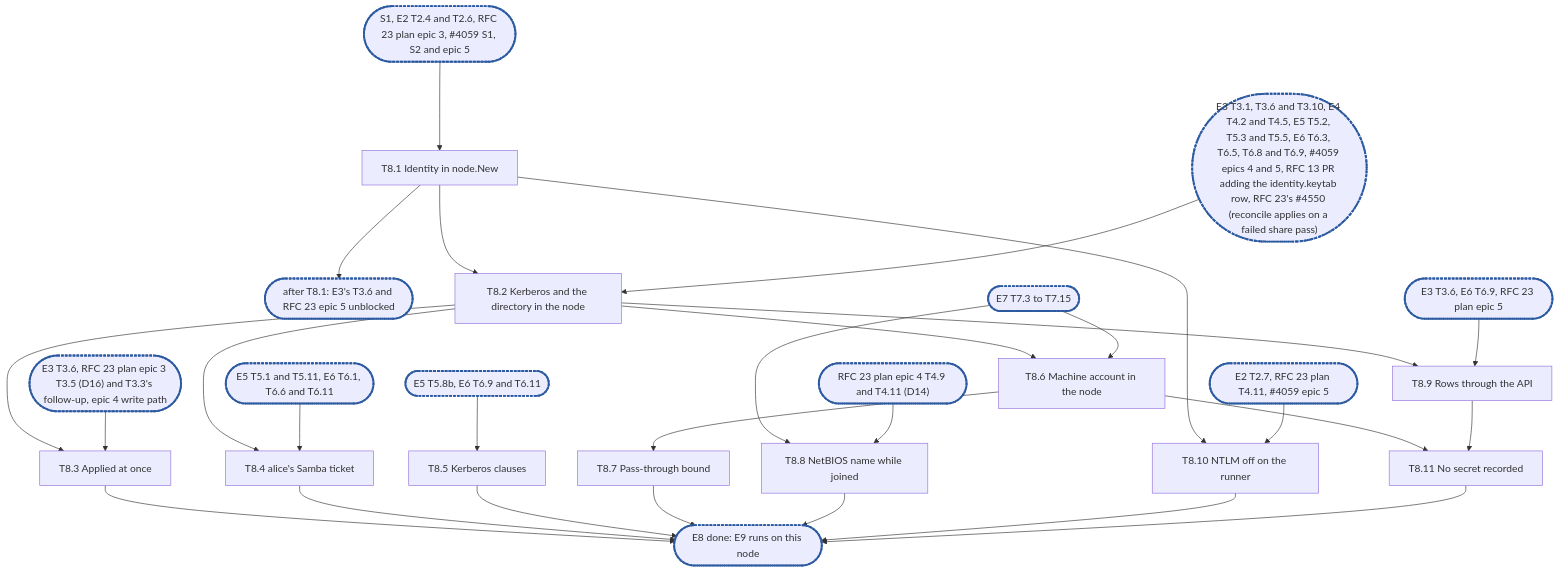
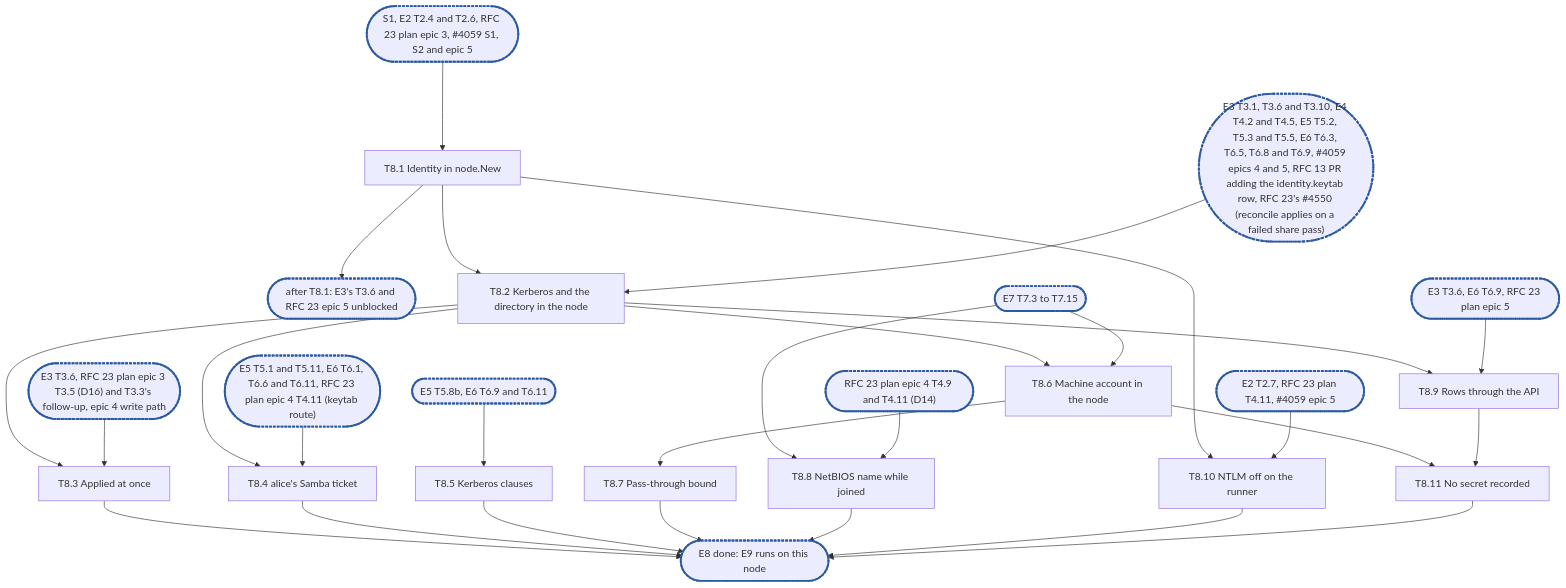
Before and after one commit to cubbit/dittofs: the diagram in docs/internals/planning/rfc-18-identity-epic8.md, drawn with Mermaid. The commit also changed other lines of this file and 4 other files, not shown here.

````diff
--- a/docs/internals/planning/rfc-18-identity-epic8.md
+++ b/docs/internals/planning/rfc-18-identity-epic8.md
@@ -660,24 +660,24 @@
 ```mermaid
 flowchart TD
   X1(["S1, E2 T2.4 and T2.6, RFC 23 plan epic 3, #4059 S1, S2 and epic 5"]):::sync --> T8_1["T8.1 Identity in node.New"]
   T8_1 --> C0(["after T8.1: E3's T3.6 and RFC 23 epic 5 unblocked"]):::sync
   T8_1 --> T8_2["T8.2 Kerberos and the directory in the node"]
   X2(["E3 T3.1, T3.6 and T3.10, E4 T4.2 and T4.5, E5 T5.2, T5.3 and T5.5, E6 T6.3, T6.5, T6.8 and T6.9, #4059 epics 4 and 5, RFC 13 PR adding the identity.keytab row, RFC 23's #4550 (reconcile applies on a failed share pass)"]):::sync --> T8_2
   T8_2 --> T8_3["T8.3 Applied at once"]
   X3(["E3 T3.6, RFC 23 plan epic 3 T3.5 (D16) and T3.3's follow-up, epic 4 write path"]):::sync --> T8_3
   T8_2 --> T8_4["T8.4 alice's Samba ticket"]
-  X4(["E5 T5.1 and T5.11, E6 T6.1, T6.6 and T6.11"]):::sync --> T8_4
+  X4(["E5 T5.1 and T5.11, E6 T6.1, T6.6 and T6.11, RFC 23 plan epic 4 T4.11 (keytab route)"]):::sync --> T8_4
   X5(["E5 T5.8b, E6 T6.9 and T6.11"]):::sync --> T8_5["T8.5 Kerberos clauses"]
   T8_2 --> T8_6["T8.6 Machine account in the node"]
   X6(["E7 T7.3 to T7.15"]):::sync --> T8_6
   T8_6 --> T8_7["T8.7 Pass-through bound"]
   X6 --> T8_8["T8.8 NetBIOS name while joined"]
   X7(["RFC 23 plan epic 4 T4.9 and T4.11 (D14)"]):::sync --> T8_8
   T8_2 --> T8_9["T8.9 Rows through the API"]
   X8(["E3 T3.6, E6 T6.9, RFC 23 plan epic 5"]):::sync --> T8_9
   T8_1 --> T8_10["T8.10 NTLM off on the runner"]
   X9(["E2 T2.7, RFC 23 plan T4.11, #4059 epic 5"]):::sync --> T8_10
   T8_6 & T8_9 --> T8_11["T8.11 No secret recorded"]
   T8_3 & T8_4 & T8_5 & T8_7 & T8_8 & T8_10 & T8_11 --> C1(["E8 done: E9 runs on this node"]):::sync
   classDef sync stroke:#2c5aa0,stroke-width:3px,stroke-dasharray:4 2
 ```
````
